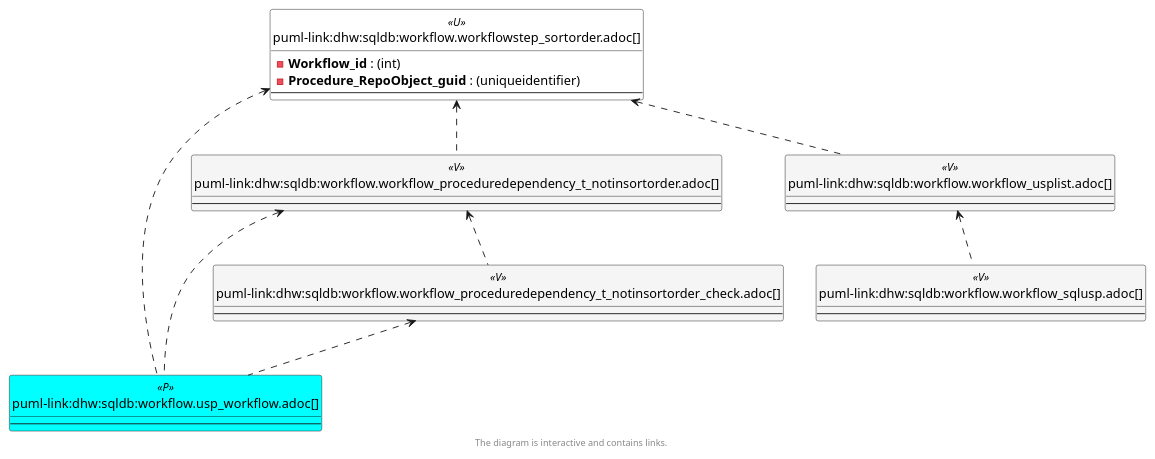
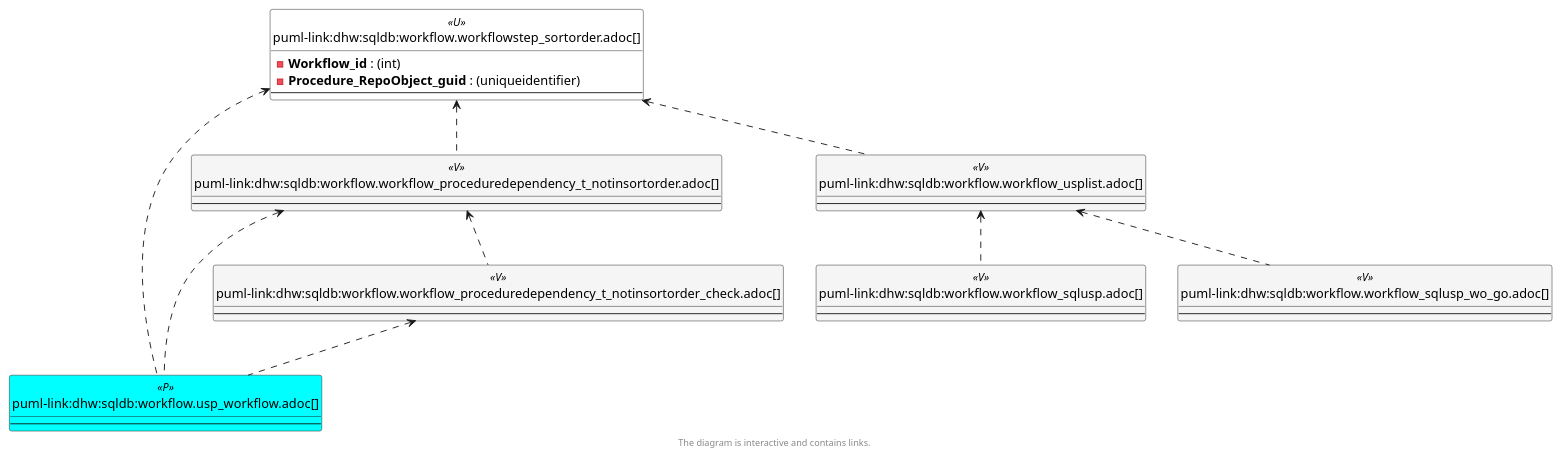
The fifth of 6 diagrams in docs/modules/sqldb/partials/content/workflow.workflowstep_sortorder.adoc (DataHandwerk/dhw-antora-sqldb), drawn with PlantUML before and after one commit. The commit also changed other lines of this file and 701 other files, not shown here.

```diff
--- a/docs/modules/sqldb/partials/content/workflow.workflowstep_sortorder.adoc
+++ b/docs/modules/sqldb/partials/content/workflow.workflowstep_sortorder.adoc
@@ -694,68 +694,73 @@
 [plantuml, entity_0_30_objectref-{docname}, svg, subs=macros]
 ....
 @startuml
 'Left to right direction
 top to bottom direction
 hide circle
 'avoide "." issues:
 set namespaceSeparator none
 
 
 skinparam class {
   BackgroundColor White
   BackgroundColor<<FN>> Yellow
   BackgroundColor<<FS>> Yellow
   BackgroundColor<<FT>> LightGray
   BackgroundColor<<IF>> Yellow
   BackgroundColor<<IS>> Yellow
   BackgroundColor<<P>>  Aqua
   BackgroundColor<<PC>> Aqua
   BackgroundColor<<SN>> Yellow
   BackgroundColor<<SO>> SlateBlue
   BackgroundColor<<TF>> LightGray
   BackgroundColor<<TR>> Tomato
   BackgroundColor<<U>>  White
   BackgroundColor<<V>>  WhiteSmoke
   BackgroundColor<<X>>  Aqua
   BackgroundColor<<external>> AliceBlue
 }
 
 
 entity "puml-link:dhw:sqldb:workflow.usp_workflow.adoc[]" as workflow.usp_workflow << P >> {
   --
 }
 
 entity "puml-link:dhw:sqldb:workflow.workflow_proceduredependency_t_notinsortorder.adoc[]" as workflow.Workflow_ProcedureDependency_T_NotInSortorder << V >> {
   --
 }
 
 entity "puml-link:dhw:sqldb:workflow.workflow_proceduredependency_t_notinsortorder_check.adoc[]" as workflow.Workflow_ProcedureDependency_T_NotInSortorder_check << V >> {
   --
 }
 
 entity "puml-link:dhw:sqldb:workflow.workflow_sqlusp.adoc[]" as workflow.Workflow_SqlUsp << V >> {
   --
 }
 
+entity "puml-link:dhw:sqldb:workflow.workflow_sqlusp_wo_go.adoc[]" as workflow.Workflow_SqlUsp_wo_GO << V >> {
+  --
+}
+
 entity "puml-link:dhw:sqldb:workflow.workflow_usplist.adoc[]" as workflow.Workflow_UspList << V >> {
   --
 }
 
 entity "puml-link:dhw:sqldb:workflow.workflowstep_sortorder.adoc[]" as workflow.WorkflowStep_Sortorder << U >> {
   - **Workflow_id** : (int)
   - **Procedure_RepoObject_guid** : (uniqueidentifier)
   --
 }
 
+workflow.Workflow_ProcedureDependency_T_NotInSortorder <.. workflow.usp_workflow
 workflow.Workflow_ProcedureDependency_T_NotInSortorder <.. workflow.Workflow_ProcedureDependency_T_NotInSortorder_check
-workflow.Workflow_ProcedureDependency_T_NotInSortorder <.. workflow.usp_workflow
 workflow.Workflow_ProcedureDependency_T_NotInSortorder_check <.. workflow.usp_workflow
 workflow.Workflow_UspList <.. workflow.Workflow_SqlUsp
+workflow.Workflow_UspList <.. workflow.Workflow_SqlUsp_wo_GO
 workflow.WorkflowStep_Sortorder <.. workflow.usp_workflow
 workflow.WorkflowStep_Sortorder <.. workflow.Workflow_ProcedureDependency_T_NotInSortorder
 workflow.WorkflowStep_Sortorder <.. workflow.Workflow_UspList
 
 footer The diagram is interactive and contains links.
 
 @enduml
 ....
```
